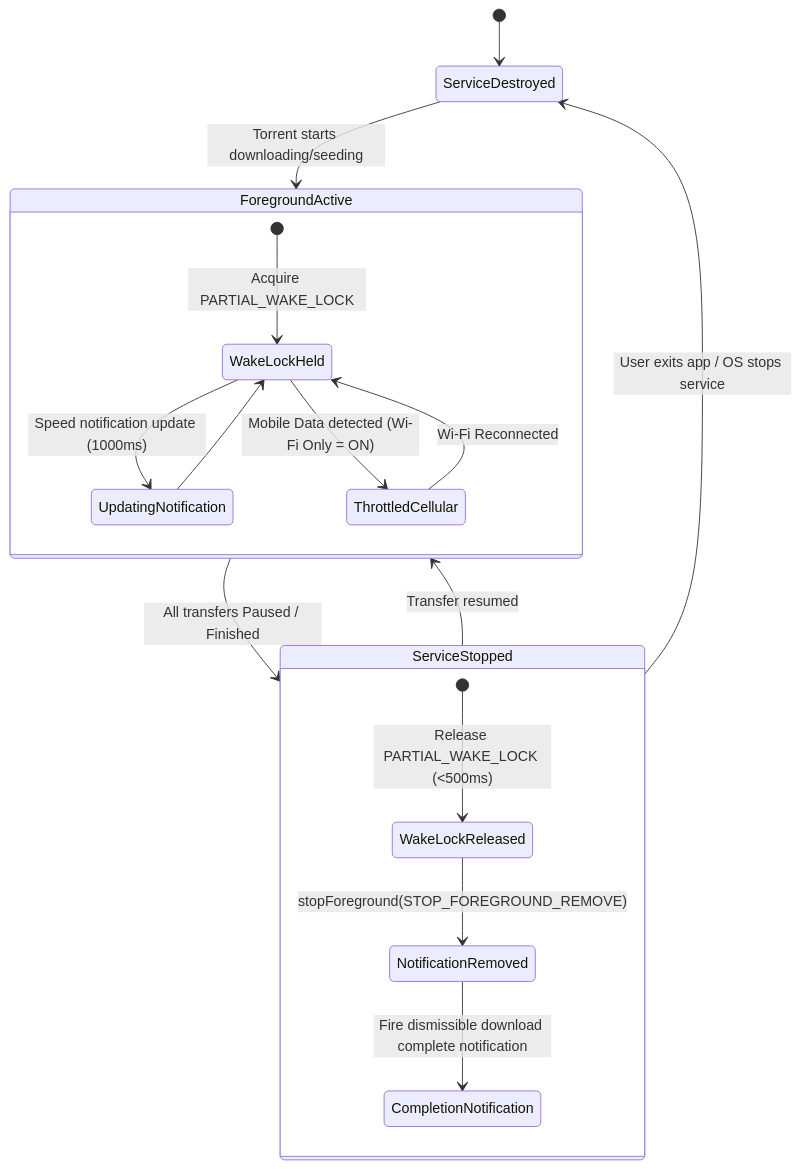
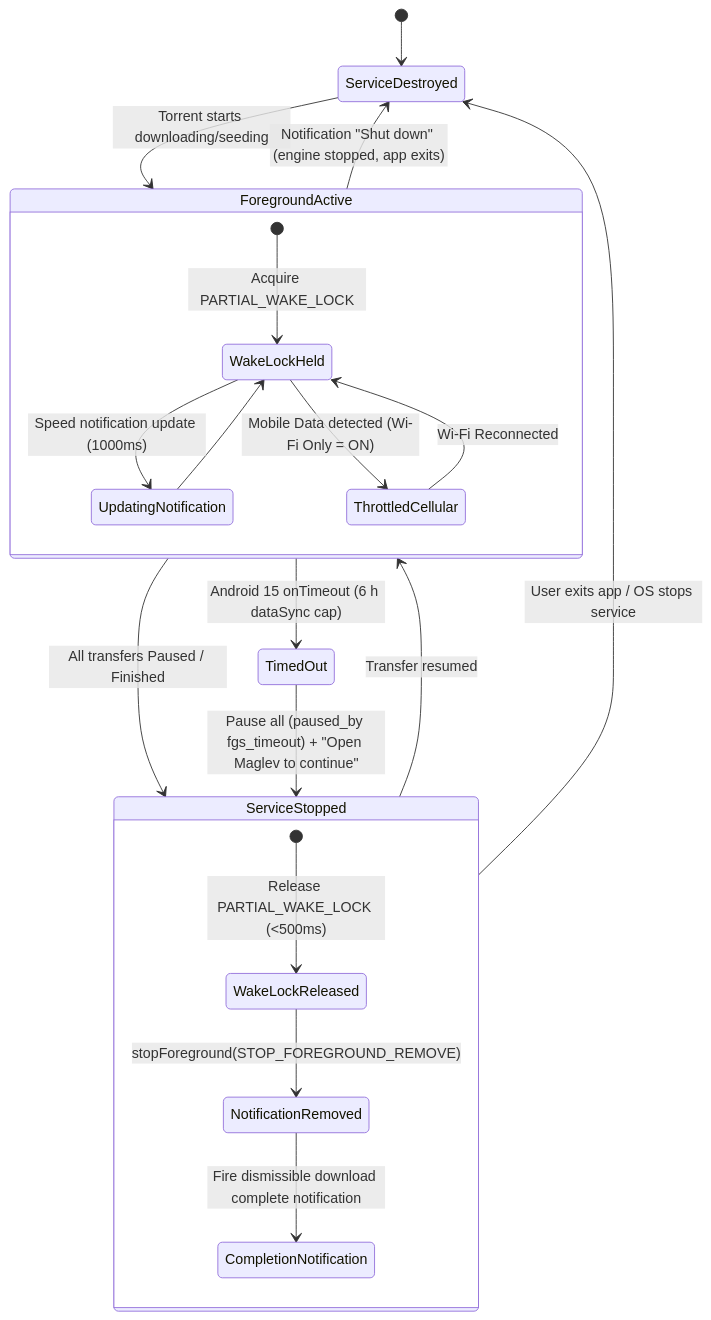
Before and after one commit to Kaos599/Maglev: the fourth of 7 diagrams in docs/STATE_MACHINES_AND_SCREENS.md, drawn with Mermaid. The commit also changed other lines of this file and 16 other files, not shown here.

First line of the commit message:
docs+ci: lock native contract, phased roadmap, and real build pipeline

````diff
--- a/docs/STATE_MACHINES_AND_SCREENS.md
+++ b/docs/STATE_MACHINES_AND_SCREENS.md
@@ -69,26 +120,30 @@
 ```mermaid
 stateDiagram-v2
     [*] --> ServiceDestroyed
     
     ServiceDestroyed --> ForegroundActive: Torrent starts downloading/seeding
     
     state ForegroundActive {
         [*] --> WakeLockHeld: Acquire PARTIAL_WAKE_LOCK
         WakeLockHeld --> UpdatingNotification: Speed notification update (1000ms)
         UpdatingNotification --> WakeLockHeld
         
         WakeLockHeld --> ThrottledCellular: Mobile Data detected (Wi-Fi Only = ON)
         ThrottledCellular --> WakeLockHeld: Wi-Fi Reconnected
     }
     
     ForegroundActive --> ServiceStopped: All transfers Paused / Finished
     
     state ServiceStopped {
         [*] --> WakeLockReleased: Release PARTIAL_WAKE_LOCK (<500ms)
         WakeLockReleased --> NotificationRemoved: stopForeground(STOP_FOREGROUND_REMOVE)
         NotificationRemoved --> CompletionNotification: Fire dismissible download complete notification
     }
     
     ServiceStopped --> ForegroundActive: Transfer resumed
     ServiceStopped --> ServiceDestroyed: User exits app / OS stops service
+
+    ForegroundActive --> TimedOut: Android 15 onTimeout (6 h dataSync cap)
+    TimedOut --> ServiceStopped: Pause all (paused_by fgs_timeout) + "Open Maglev to continue"
+    ForegroundActive --> ServiceDestroyed: Notification "Shut down" (engine stopped, app exits)
 ```
````
